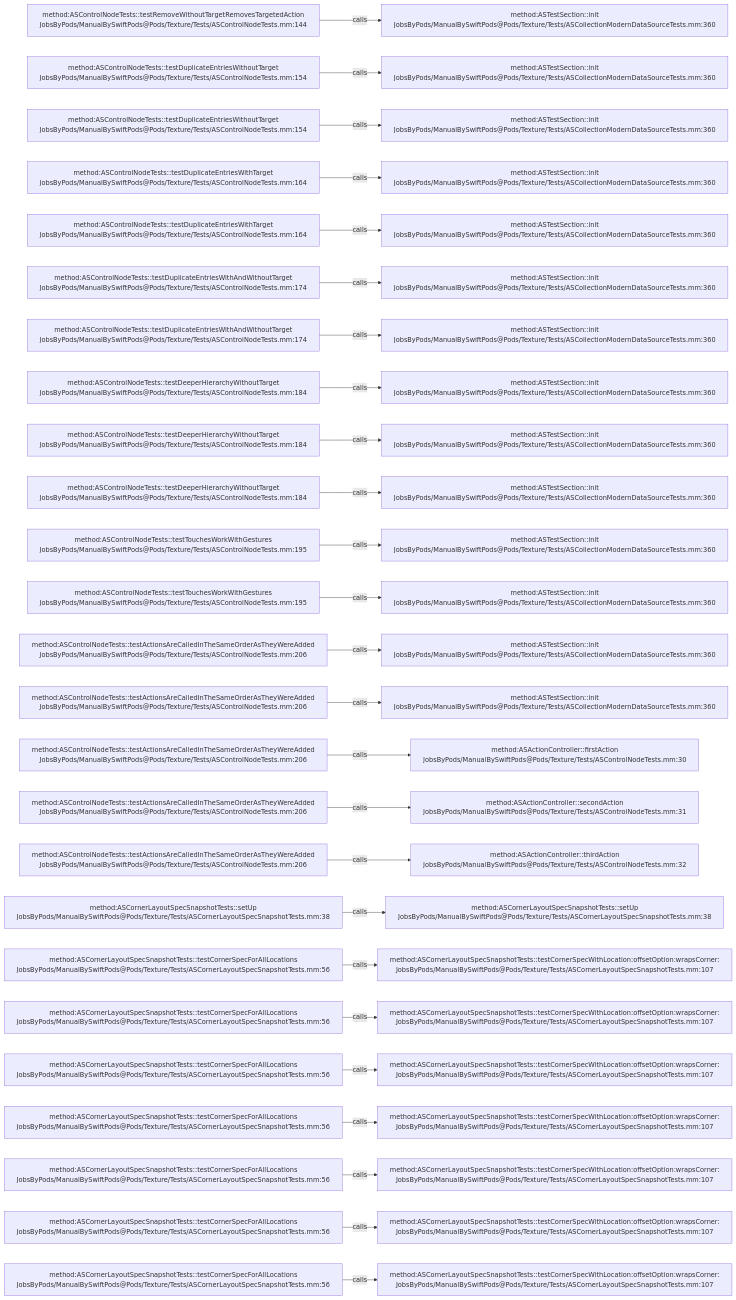
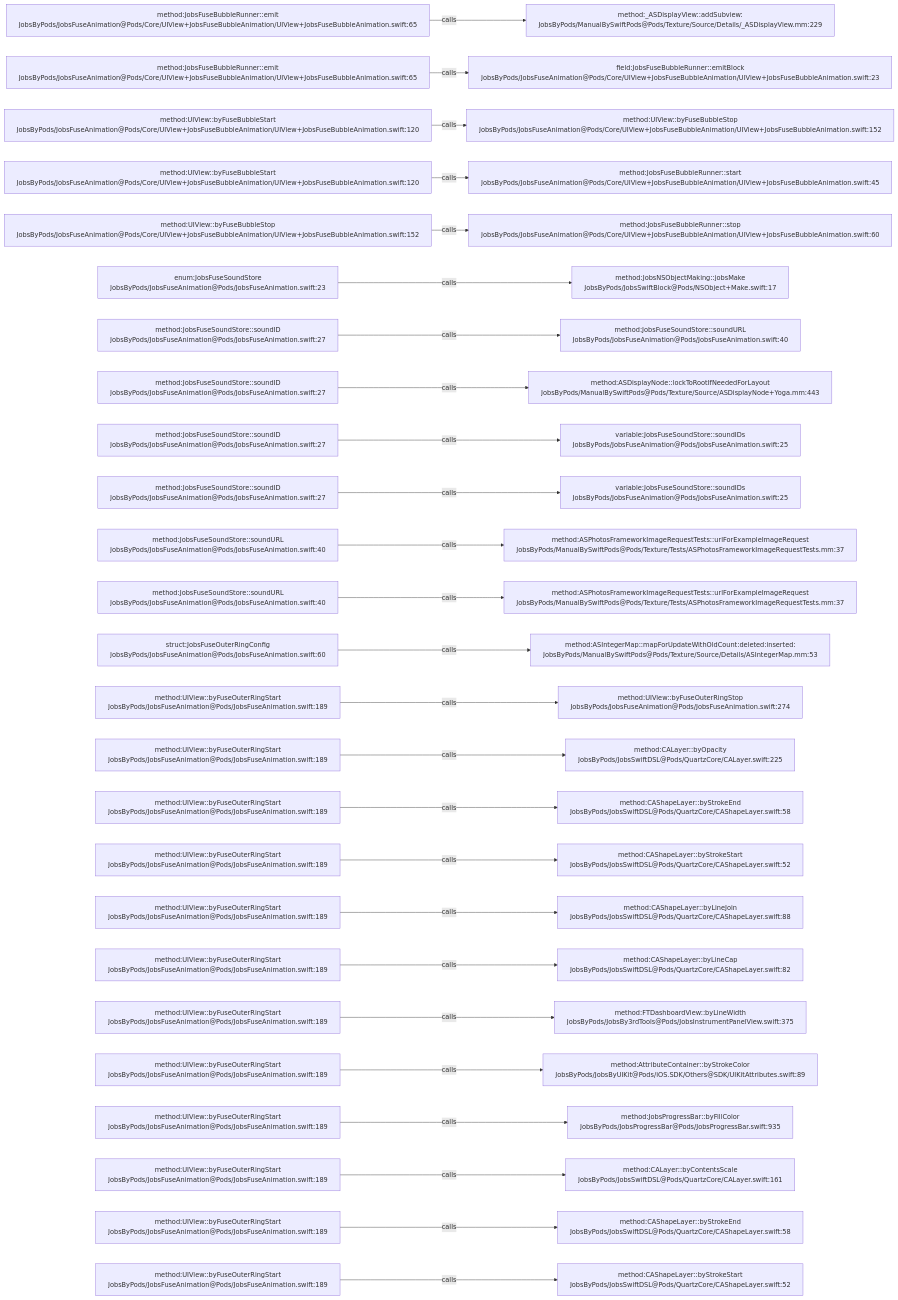
One commit to JobsKits/JobsSwiftBaseConfigDemo changed the diagram in .codegraph/codegraph.md/graphs/calls-176.md. Above: the diagram before and after it, drawn with Mermaid. The commit also changed 224 other files, not shown here.

````diff
--- a/.codegraph/codegraph.md/graphs/calls-176.md
+++ b/.codegraph/codegraph.md/graphs/calls-176.md
@@ -13,78 +13,78 @@
 ```mermaid
 flowchart LR
-  S1["method:ASControlNodeTests::testRemoveWithoutTargetRemovesTargetedAction<br/>JobsByPods/ManualBySwiftPods@Pods/Texture/Tests/ASControlNodeTests.mm:144"]
-  T1["method:ASTestSection::init<br/>JobsByPods/ManualBySwiftPods@Pods/Texture/Tests/ASCollectionModernDataSourceTests.mm:360"]
+  S1["method:JobsFuseBubbleRunner::emit<br/>JobsByPods/JobsFuseAnimation@Pods/Core/UIView+JobsFuseBubbleAnimation/UIView+JobsFuseBubbleAnimation.swift:65"]
+  T1["method:_ASDisplayView::addSubview:<br/>JobsByPods/ManualBySwiftPods@Pods/Texture/Source/Details/_ASDisplayView.mm:229"]
   S1 -->|calls| T1
-  S2["method:ASControlNodeTests::testDuplicateEntriesWithoutTarget<br/>JobsByPods/ManualBySwiftPods@Pods/Texture/Tests/ASControlNodeTests.mm:154"]
-  T2["method:ASTestSection::init<br/>JobsByPods/ManualBySwiftPods@Pods/Texture/Tests/ASCollectionModernDataSourceTests.mm:360"]
+  S2["method:JobsFuseBubbleRunner::emit<br/>JobsByPods/JobsFuseAnimation@Pods/Core/UIView+JobsFuseBubbleAnimation/UIView+JobsFuseBubbleAnimation.swift:65"]
+  T2["field:JobsFuseBubbleRunner::emitBlock<br/>JobsByPods/JobsFuseAnimation@Pods/Core/UIView+JobsFuseBubbleAnimation/UIView+JobsFuseBubbleAnimation.swift:23"]
   S2 -->|calls| T2
-  S3["method:ASControlNodeTests::testDuplicateEntriesWithoutTarget<br/>JobsByPods/ManualBySwiftPods@Pods/Texture/Tests/ASControlNodeTests.mm:154"]
-  T3["method:ASTestSection::init<br/>JobsByPods/ManualBySwiftPods@Pods/Texture/Tests/ASCollectionModernDataSourceTests.mm:360"]
+  S3["method:UIView::byFuseBubbleStart<br/>JobsByPods/JobsFuseAnimation@Pods/Core/UIView+JobsFuseBubbleAnimation/UIView+JobsFuseBubbleAnimation.swift:120"]
+  T3["method:UIView::byFuseBubbleStop<br/>JobsByPods/JobsFuseAnimation@Pods/Core/UIView+JobsFuseBubbleAnimation/UIView+JobsFuseBubbleAnimation.swift:152"]
   S3 -->|calls| T3
-  S4["method:ASControlNodeTests::testDuplicateEntriesWithTarget<br/>JobsByPods/ManualBySwiftPods@Pods/Texture/Tests/ASControlNodeTests.mm:164"]
-  T4["method:ASTestSection::init<br/>JobsByPods/ManualBySwiftPods@Pods/Texture/Tests/ASCollectionModernDataSourceTests.mm:360"]
+  S4["method:UIView::byFuseBubbleStart<br/>JobsByPods/JobsFuseAnimation@Pods/Core/UIView+JobsFuseBubbleAnimation/UIView+JobsFuseBubbleAnimation.swift:120"]
+  T4["method:JobsFuseBubbleRunner::start<br/>JobsByPods/JobsFuseAnimation@Pods/Core/UIView+JobsFuseBubbleAnimation/UIView+JobsFuseBubbleAnimation.swift:45"]
   S4 -->|calls| T4
-  S5["method:ASControlNodeTests::testDuplicateEntriesWithTarget<br/>JobsByPods/ManualBySwiftPods@Pods/Texture/Tests/ASControlNodeTests.mm:164"]
-  T5["method:ASTestSection::init<br/>JobsByPods/ManualBySwiftPods@Pods/Texture/Tests/ASCollectionModernDataSourceTests.mm:360"]
+  S5["method:UIView::byFuseBubbleStop<br/>JobsByPods/JobsFuseAnimation@Pods/Core/UIView+JobsFuseBubbleAnimation/UIView+JobsFuseBubbleAnimation.swift:152"]
+  T5["method:JobsFuseBubbleRunner::stop<br/>JobsByPods/JobsFuseAnimation@Pods/Core/UIView+JobsFuseBubbleAnimation/UIView+JobsFuseBubbleAnimation.swift:60"]
   S5 -->|calls| T5
-  S6["method:ASControlNodeTests::testDuplicateEntriesWithAndWithoutTarget<br/>JobsByPods/ManualBySwiftPods@Pods/Texture/Tests/ASControlNodeTests.mm:174"]
-  T6["method:ASTestSection::init<br/>JobsByPods/ManualBySwiftPods@Pods/Texture/Tests/ASCollectionModernDataSourceTests.mm:360"]
+  S6["enum:JobsFuseSoundStore<br/>JobsByPods/JobsFuseAnimation@Pods/JobsFuseAnimation.swift:23"]
+  T6["method:JobsNSObjectMaking::jobsMake<br/>JobsByPods/JobsSwiftBlock@Pods/NSObject+Make.swift:17"]
   S6 -->|calls| T6
-  S7["method:ASControlNodeTests::testDuplicateEntriesWithAndWithoutTarget<br/>JobsByPods/ManualBySwiftPods@Pods/Texture/Tests/ASControlNodeTests.mm:174"]
-  T7["method:ASTestSection::init<br/>JobsByPods/ManualBySwiftPods@Pods/Texture/Tests/ASCollectionModernDataSourceTests.mm:360"]
+  S7["method:JobsFuseSoundStore::soundID<br/>JobsByPods/JobsFuseAnimation@Pods/JobsFuseAnimation.swift:27"]
+  T7["method:JobsFuseSoundStore::soundURL<br/>JobsByPods/JobsFuseAnimation@Pods/JobsFuseAnimation.swift:40"]
   S7 -->|calls| T7
-  S8["method:ASControlNodeTests::testDeeperHierarchyWithoutTarget<br/>JobsByPods/ManualBySwiftPods@Pods/Texture/Tests/ASControlNodeTests.mm:184"]
-  T8["method:ASTestSection::init<br/>JobsByPods/ManualBySwiftPods@Pods/Texture/Tests/ASCollectionModernDataSourceTests.mm:360"]
+  S8["method:JobsFuseSoundStore::soundID<br/>JobsByPods/JobsFuseAnimation@Pods/JobsFuseAnimation.swift:27"]
+  T8["method:ASDisplayNode::lockToRootIfNeededForLayout<br/>JobsByPods/ManualBySwiftPods@Pods/Texture/Source/ASDisplayNode+Yoga.mm:443"]
   S8 -->|calls| T8
-  S9["method:ASControlNodeTests::testDeeperHierarchyWithoutTarget<br/>JobsByPods/ManualBySwiftPods@Pods/Texture/Tests/ASControlNodeTests.mm:184"]
-  T9["method:ASTestSection::init<br/>JobsByPods/ManualBySwiftPods@Pods/Texture/Tests/ASCollectionModernDataSourceTests.mm:360"]
+  S9["method:JobsFuseSoundStore::soundID<br/>JobsByPods/JobsFuseAnimation@Pods/JobsFuseAnimation.swift:27"]
+  T9["variable:JobsFuseSoundStore::soundIDs<br/>JobsByPods/JobsFuseAnimation@Pods/JobsFuseAnimation.swift:25"]
   S9 -->|calls| T9
-  S10["method:ASControlNodeTests::testDeeperHierarchyWithoutTarget<br/>JobsByPods/ManualBySwiftPods@Pods/Texture/Tests/ASControlNodeTests.mm:184"]
-  T10["method:ASTestSection::init<br/>JobsByPods/ManualBySwiftPods@Pods/Texture/Tests/ASCollectionModernDataSourceTests.mm:360"]
+  S10["method:JobsFuseSoundStore::soundID<br/>JobsByPods/JobsFuseAnimation@Pods/JobsFuseAnimation.swift:27"]
+  T10["variable:JobsFuseSoundStore::soundIDs<br/>JobsByPods/JobsFuseAnimation@Pods/JobsFuseAnimation.swift:25"]
   S10 -->|calls| T10
-  S11["method:ASControlNodeTests::testTouchesWorkWithGestures<br/>JobsByPods/ManualBySwiftPods@Pods/Texture/Tests/ASControlNodeTests.mm:195"]
-  T11["method:ASTestSection::init<br/>JobsByPods/ManualBySwiftPods@Pods/Texture/Tests/ASCollectionModernDataSourceTests.mm:360"]
+  S11["method:JobsFuseSoundStore::soundURL<br/>JobsByPods/JobsFuseAnimation@Pods/JobsFuseAnimation.swift:40"]
+  T11["method:ASPhotosFrameworkImageRequestTests::urlForExampleImageRequest<br/>JobsByPods/ManualBySwiftPods@Pods/Texture/Tests/ASPhotosFrameworkImageRequestTests.mm:37"]
   S11 -->|calls| T11
-  S12["method:ASControlNodeTests::testTouchesWorkWithGestures<br/>JobsByPods/ManualBySwiftPods@Pods/Texture/Tests/ASControlNodeTests.mm:195"]
-  T12["method:ASTestSection::init<br/>JobsByPods/ManualBySwiftPods@Pods/Texture/Tests/ASCollectionModernDataSourceTests.mm:360"]
+  S12["method:JobsFuseSoundStore::soundURL<br/>JobsByPods/JobsFuseAnimation@Pods/JobsFuseAnimation.swift:40"]
+  T12["method:ASPhotosFrameworkImageRequestTests::urlForExampleImageRequest<br/>JobsByPods/ManualBySwiftPods@Pods/Texture/Tests/ASPhotosFrameworkImageRequestTests.mm:37"]
   S12 -->|calls| T12
-  S13["method:ASControlNodeTests::testActionsAreCalledInTheSameOrderAsTheyWereAdded<br/>JobsByPods/ManualBySwiftPods@Pods/Texture/Tests/ASControlNodeTests.mm:206"]
-  T13["method:ASTestSection::init<br/>JobsByPods/ManualBySwiftPods@Pods/Texture/Tests/ASCollectionModernDataSourceTests.mm:360"]
+  S13["struct:JobsFuseOuterRingConfig<br/>JobsByPods/JobsFuseAnimation@Pods/JobsFuseAnimation.swift:60"]
+  T13["method:ASIntegerMap::mapForUpdateWithOldCount:deleted:inserted:<br/>JobsByPods/ManualBySwiftPods@Pods/Texture/Source/Details/ASIntegerMap.mm:53"]
   S13 -->|calls| T13
-  S14["method:ASControlNodeTests::testActionsAreCalledInTheSameOrderAsTheyWereAdded<br/>JobsByPods/ManualBySwiftPods@Pods/Texture/Tests/ASControlNodeTests.mm:206"]
-  T14["method:ASTestSection::init<br/>JobsByPods/ManualBySwiftPods@Pods/Texture/Tests/ASCollectionModernDataSourceTests.mm:360"]
+  S14["method:UIView::byFuseOuterRingStart<br/>JobsByPods/JobsFuseAnimation@Pods/JobsFuseAnimation.swift:189"]
+  T14["method:UIView::byFuseOuterRingStop<br/>JobsByPods/JobsFuseAnimation@Pods/JobsFuseAnimation.swift:274"]
   S14 -->|calls| T14
-  S15["method:ASControlNodeTests::testActionsAreCalledInTheSameOrderAsTheyWereAdded<br/>JobsByPods/ManualBySwiftPods@Pods/Texture/Tests/ASControlNodeTests.mm:206"]
-  T15["method:ASActionController::firstAction<br/>JobsByPods/ManualBySwiftPods@Pods/Texture/Tests/ASControlNodeTests.mm:30"]
+  S15["method:UIView::byFuseOuterRingStart<br/>JobsByPods/JobsFuseAnimation@Pods/JobsFuseAnimation.swift:189"]
+  T15["method:CALayer::byOpacity<br/>JobsByPods/JobsSwiftDSL@Pods/QuartzCore/CALayer.swift:225"]
   S15 -->|calls| T15
-  S16["method:ASControlNodeTests::testActionsAreCalledInTheSameOrderAsTheyWereAdded<br/>JobsByPods/ManualBySwiftPods@Pods/Texture/Tests/ASControlNodeTests.mm:206"]
-  T16["method:ASActionController::secondAction<br/>JobsByPods/ManualBySwiftPods@Pods/Texture/Tests/ASControlNodeTests.mm:31"]
+  S16["method:UIView::byFuseOuterRingStart<br/>JobsByPods/JobsFuseAnimation@Pods/JobsFuseAnimation.swift:189"]
+  T16["method:CAShapeLayer::byStrokeEnd<br/>JobsByPods/JobsSwiftDSL@Pods/QuartzCore/CAShapeLayer.swift:58"]
   S16 -->|calls| T16
-  S17["method:ASControlNodeTests::testActionsAreCalledInTheSameOrderAsTheyWereAdded<br/>JobsByPods/ManualBySwiftPods@Pods/Texture/Tests/ASControlNodeTests.mm:206"]
-  T17["method:ASActionController::thirdAction<br/>JobsByPods/ManualBySwiftPods@Pods/Texture/Tests/ASControlNodeTests.mm:32"]
+  S17["method:UIView::byFuseOuterRingStart<br/>JobsByPods/JobsFuseAnimation@Pods/JobsFuseAnimation.swift:189"]
+  T17["method:CAShapeLayer::byStrokeStart<br/>JobsByPods/JobsSwiftDSL@Pods/QuartzCore/CAShapeLayer.swift:52"]
   S17 -->|calls| T17
-  S18["method:ASCornerLayoutSpecSnapshotTests::setUp<br/>JobsByPods/ManualBySwiftPods@Pods/Texture/Tests/ASCornerLayoutSpecSnapshotTests.mm:38"]
-  T18["method:ASCornerLayoutSpecSnapshotTests::setUp<br/>JobsByPods/ManualBySwiftPods@Pods/Texture/Tests/ASCornerLayoutSpecSnapshotTests.mm:38"]
+  S18["method:UIView::byFuseOuterRingStart<br/>JobsByPods/JobsFuseAnimation@Pods/JobsFuseAnimation.swift:189"]
+  T18["method:CAShapeLayer::byLineJoin<br/>JobsByPods/JobsSwiftDSL@Pods/QuartzCore/CAShapeLayer.swift:88"]
   S18 -->|calls| T18
-  S19["method:ASCornerLayoutSpecSnapshotTests::testCornerSpecForAllLocations<br/>JobsByPods/ManualBySwiftPods@Pods/Texture/Tests/ASCornerLayoutSpecSnapshotTests.mm:56"]
-  T19["method:ASCornerLayoutSpecSnapshotTests::testCornerSpecWithLocation:offsetOption:wrapsCorner:<br/>JobsByPods/ManualBySwiftPods@Pods/Texture/Tests/ASCornerLayoutSpecSnapshotTests.mm:107"]
+  S19["method:UIView::byFuseOuterRingStart<br/>JobsByPods/JobsFuseAnimation@Pods/JobsFuseAnimation.swift:189"]
+  T19["method:CAShapeLayer::byLineCap<br/>JobsByPods/JobsSwiftDSL@Pods/QuartzCore/CAShapeLayer.swift:82"]
   S19 -->|calls| T19
-  S20["method:ASCornerLayoutSpecSnapshotTests::testCornerSpecForAllLocations<br/>JobsByPods/ManualBySwiftPods@Pods/Texture/Tests/ASCornerLayoutSpecSnapshotTests.mm:56"]
-  T20["method:ASCornerLayoutSpecSnapshotTests::testCornerSpecWithLocation:offsetOption:wrapsCorner:<br/>JobsByPods/ManualBySwiftPods@Pods/Texture/Tests/ASCornerLayoutSpecSnapshotTests.mm:107"]
+  S20["method:UIView::byFuseOuterRingStart<br/>JobsByPods/JobsFuseAnimation@Pods/JobsFuseAnimation.swift:189"]
+  T20["method:FTDashboardView::byLineWidth<br/>JobsByPods/JobsBy3rdTools@Pods/JobsInstrumentPanelView.swift:375"]
   S20 -->|calls| T20
-  S21["method:ASCornerLayoutSpecSnapshotTests::testCornerSpecForAllLocations<br/>JobsByPods/ManualBySwiftPods@Pods/Texture/Tests/ASCornerLayoutSpecSnapshotTests.mm:56"]
-  T21["method:ASCornerLayoutSpecSnapshotTests::testCornerSpecWithLocation:offsetOption:wrapsCorner:<br/>JobsByPods/ManualBySwiftPods@Pods/Texture/Tests/ASCornerLayoutSpecSnapshotTests.mm:107"]
+  S21["method:UIView::byFuseOuterRingStart<br/>JobsByPods/JobsFuseAnimation@Pods/JobsFuseAnimation.swift:189"]
+  T21["method:AttributeContainer::byStrokeColor<br/>JobsByPods/JobsByUIKit@Pods/iOS.SDK/Others@SDK/UIKitAttributes.swift:89"]
   S21 -->|calls| T21
-  S22["method:ASCornerLayoutSpecSnapshotTests::testCornerSpecForAllLocations<br/>JobsByPods/ManualBySwiftPods@Pods/Texture/Tests/ASCornerLayoutSpecSnapshotTests.mm:56"]
-  T22["method:ASCornerLayoutSpecSnapshotTests::testCornerSpecWithLocation:offsetOption:wrapsCorner:<br/>JobsByPods/ManualBySwiftPods@Pods/Texture/Tests/ASCornerLayoutSpecSnapshotTests.mm:107"]
+  S22["method:UIView::byFuseOuterRingStart<br/>JobsByPods/JobsFuseAnimation@Pods/JobsFuseAnimation.swift:189"]
+  T22["method:JobsProgressBar::byFillColor<br/>JobsByPods/JobsProgressBar@Pods/JobsProgressBar.swift:935"]
   S22 -->|calls| T22
-  S23["method:ASCornerLayoutSpecSnapshotTests::testCornerSpecForAllLocations<br/>JobsByPods/ManualBySwiftPods@Pods/Texture/Tests/ASCornerLayoutSpecSnapshotTests.mm:56"]
-  T23["method:ASCornerLayoutSpecSnapshotTests::testCornerSpecWithLocation:offsetOption:wrapsCorner:<br/>JobsByPods/ManualBySwiftPods@Pods/Texture/Tests/ASCornerLayoutSpecSnapshotTests.mm:107"]
+  S23["method:UIView::byFuseOuterRingStart<br/>JobsByPods/JobsFuseAnimation@Pods/JobsFuseAnimation.swift:189"]
+  T23["method:CALayer::byContentsScale<br/>JobsByPods/JobsSwiftDSL@Pods/QuartzCore/CALayer.swift:161"]
   S23 -->|calls| T23
-  S24["method:ASCornerLayoutSpecSnapshotTests::testCornerSpecForAllLocations<br/>JobsByPods/ManualBySwiftPods@Pods/Texture/Tests/ASCornerLayoutSpecSnapshotTests.mm:56"]
-  T24["method:ASCornerLayoutSpecSnapshotTests::testCornerSpecWithLocation:offsetOption:wrapsCorner:<br/>JobsByPods/ManualBySwiftPods@Pods/Texture/Tests/ASCornerLayoutSpecSnapshotTests.mm:107"]
+  S24["method:UIView::byFuseOuterRingStart<br/>JobsByPods/JobsFuseAnimation@Pods/JobsFuseAnimation.swift:189"]
+  T24["method:CAShapeLayer::byStrokeEnd<br/>JobsByPods/JobsSwiftDSL@Pods/QuartzCore/CAShapeLayer.swift:58"]
   S24 -->|calls| T24
-  S25["method:ASCornerLayoutSpecSnapshotTests::testCornerSpecForAllLocations<br/>JobsByPods/ManualBySwiftPods@Pods/Texture/Tests/ASCornerLayoutSpecSnapshotTests.mm:56"]
-  T25["method:ASCornerLayoutSpecSnapshotTests::testCornerSpecWithLocation:offsetOption:wrapsCorner:<br/>JobsByPods/ManualBySwiftPods@Pods/Texture/Tests/ASCornerLayoutSpecSnapshotTests.mm:107"]
+  S25["method:UIView::byFuseOuterRingStart<br/>JobsByPods/JobsFuseAnimation@Pods/JobsFuseAnimation.swift:189"]
+  T25["method:CAShapeLayer::byStrokeStart<br/>JobsByPods/JobsSwiftDSL@Pods/QuartzCore/CAShapeLayer.swift:52"]
   S25 -->|calls| T25
 ```
````
